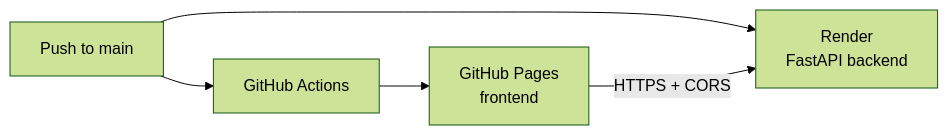
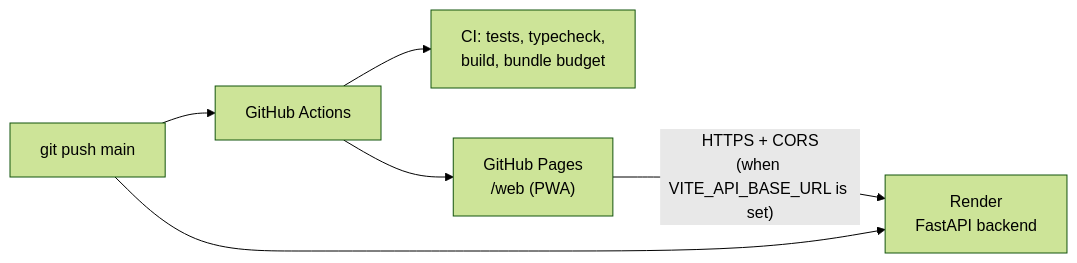
The fifth of 7 diagrams in README.md (es-ratt/edibyte), drawn with Mermaid (forest theme) before and after one commit. The commit also changed other lines of this file and 8 other files, not shown here.

First line of the commit message:
docs: professional README with live demo, diagrams and screenshots; deploy /web

````diff
--- a/README.md
+++ b/README.md
@@ -244,7 +350,8 @@
 ```mermaid
 flowchart LR
-  Dev["Push to main"] --> GA["GitHub Actions"]
-  GA --> GP["GitHub Pages<br/>frontend"]
-  Dev --> R["Render<br/>FastAPI backend"]
-  GP -->|"HTTPS + CORS"| R
+    Dev["git push main"] --> GA["GitHub Actions"]
+    GA --> CI["CI: tests, typecheck,<br/>build, bundle budget"]
+    GA --> GP["GitHub Pages<br/>/web (PWA)"]
+    Dev --> R["Render<br/>FastAPI backend"]
+    GP -->|"HTTPS + CORS<br/>(when VITE_API_BASE_URL is set)"| R
 ```
````
